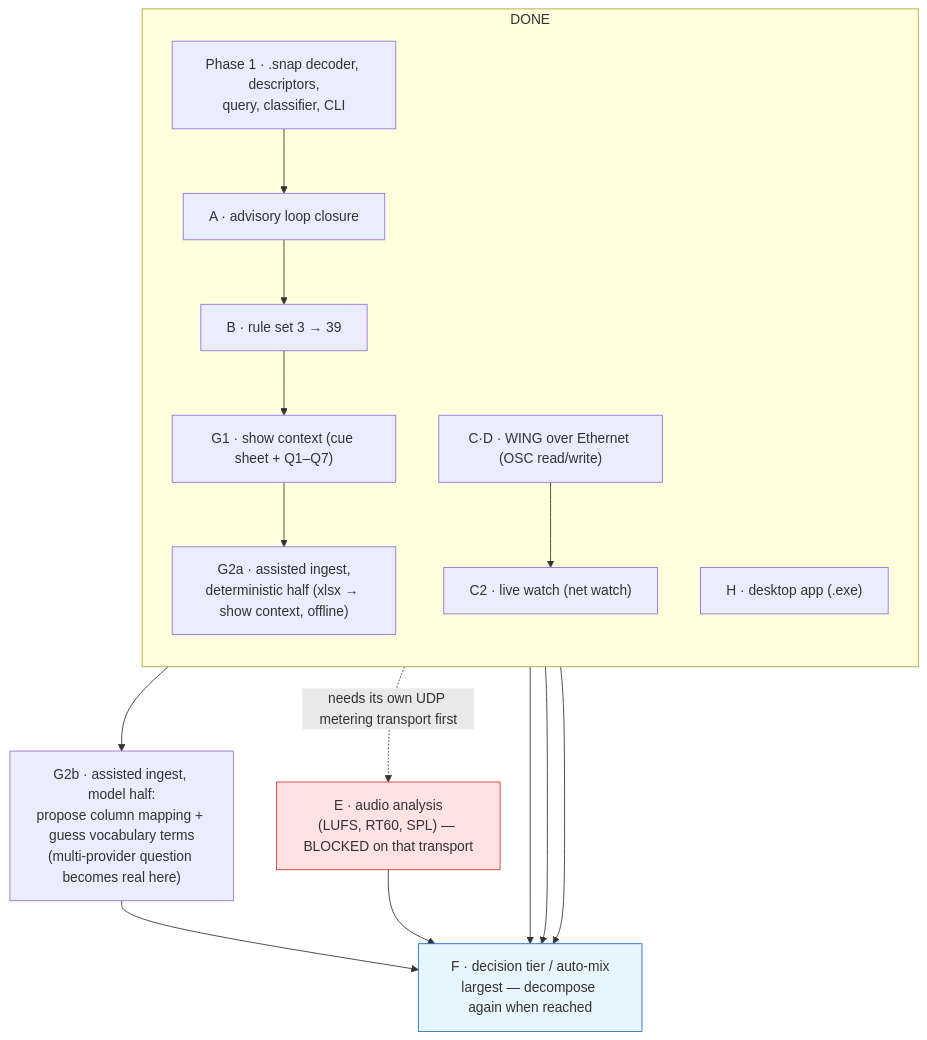
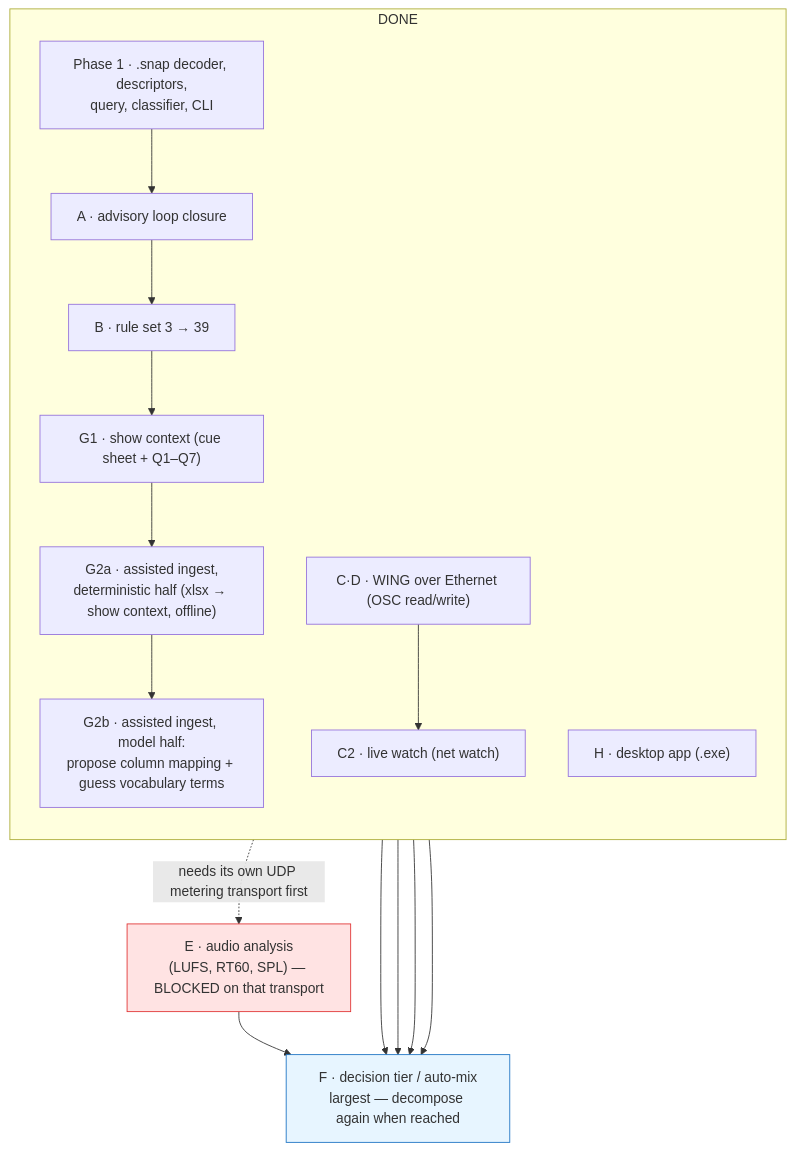
Before and after one commit to toanaz-ops/project008-soundtech-assist: the diagram in docs/ROADMAP.md, drawn with Mermaid. The commit also changed other lines of this file, not shown here.

Commit message:
Sync the roadmap after G2b

````diff
--- a/docs/ROADMAP.md
+++ b/docs/ROADMAP.md
@@ -95,25 +96,25 @@
 ```mermaid
 flowchart TD
     subgraph shipped["DONE"]
         direction TB
         P1["Phase 1 · .snap decoder, descriptors,<br/>query, classifier, CLI"]
         A["A · advisory loop closure"] --> B["B · rule set 3 → 39"]
         H["H · desktop app (.exe)"]
         P1 --> A
         G1["G1 · show context (cue sheet + Q1–Q7)"] --> G2a["G2a · assisted ingest,<br/>deterministic half (xlsx → show context, offline)"]
+        G2a --> G2b["G2b · assisted ingest, model half:<br/>propose column mapping + guess vocabulary terms"]
         B --> G1
         CD["C·D · WING over Ethernet (OSC read/write)"] --> C2["C2 · live watch (net watch)"]
     end
 
-    G2a --> G2b["G2b · assisted ingest, model half:<br/>propose column mapping + guess vocabulary terms<br/>(multi-provider question becomes real here)"]
     CD -.->|"needs its own UDP metering transport first"| E["E · audio analysis<br/>(LUFS, RT60, SPL) — BLOCKED on that transport"]
 
     A --> F
     B --> F
     CD --> F
     G2b --> F["F · decision tier / auto-mix<br/>largest — decompose again when reached"]
     E --> F
 
     style E fill:#ffe3e3,stroke:#e03131
     style F fill:#e7f5ff,stroke:#1971c2
 ```
````
